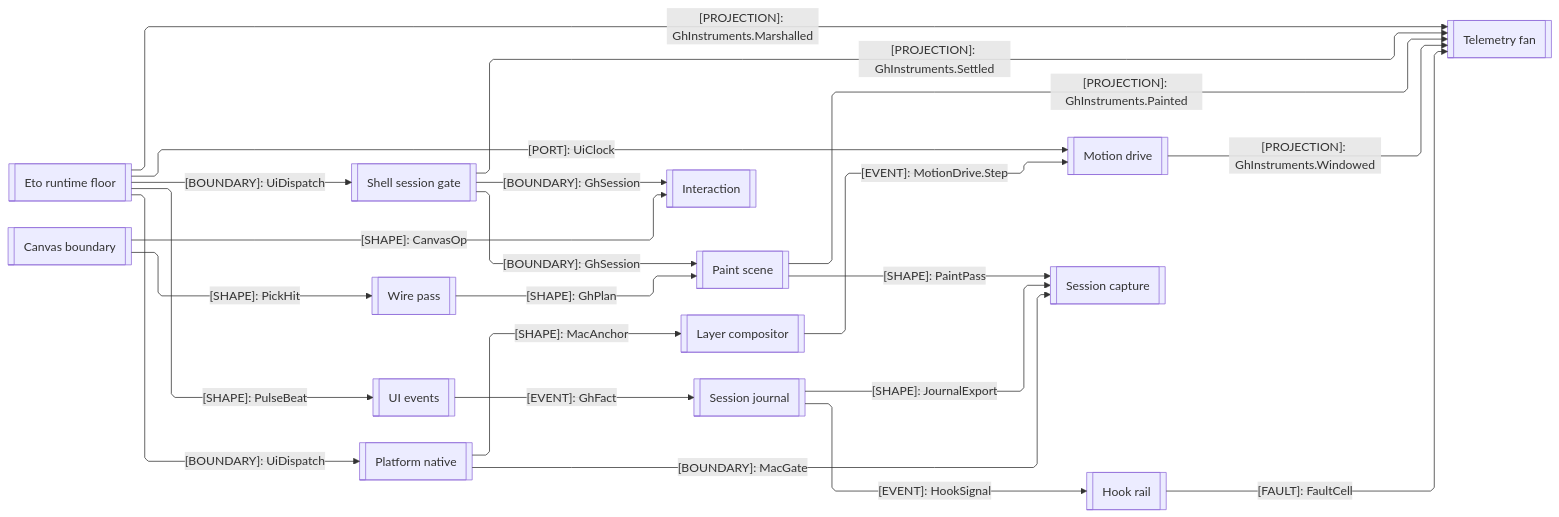
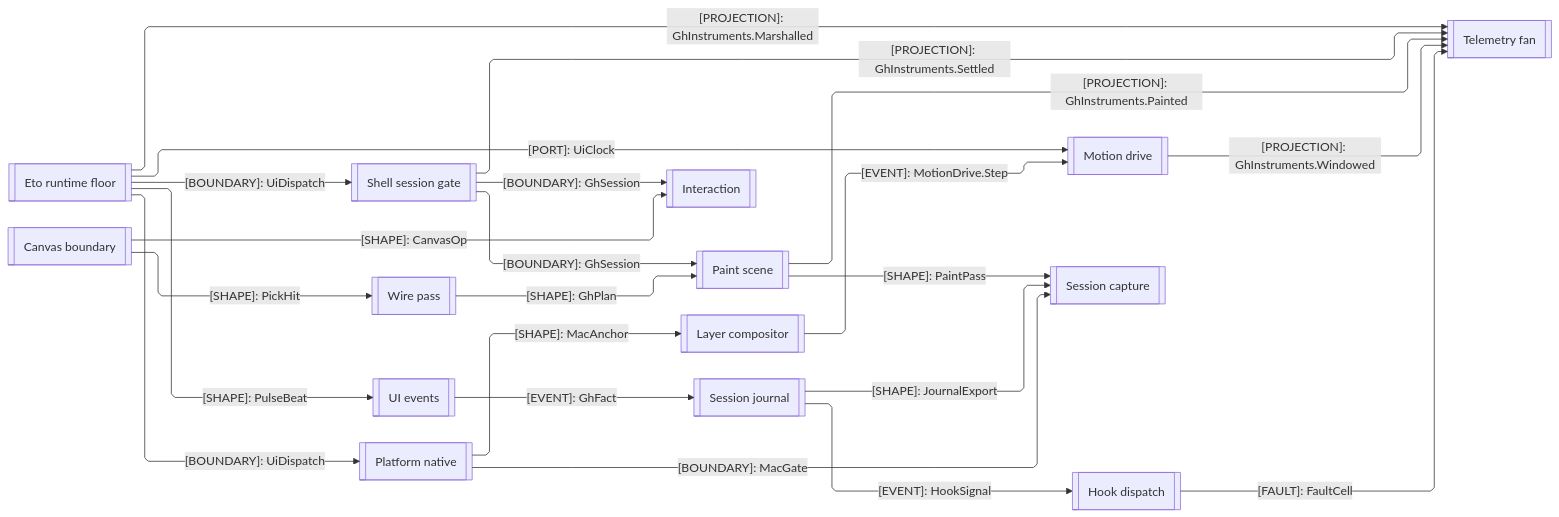
One commit to bsamiee/Rasm changed the third of 3 diagrams in libs/dotnet/Rasm.Grasshopper/ARCHITECTURE.md. Above: the diagram before and after it, drawn with Mermaid. The commit also changed other lines of this file and 1997 other files, not shown here.

````diff
--- a/libs/dotnet/Rasm.Grasshopper/ARCHITECTURE.md
+++ b/libs/dotnet/Rasm.Grasshopper/ARCHITECTURE.md
@@ -164,47 +164,47 @@
 ```mermaid
 ---
 config:
   layout: elk
   flowchart:
     curve: linear
     padding: 25
 ---
 flowchart LR
     accTitle: Grasshopper host-boundary interior wiring
     accDescr: How the UI-thread interior composes around the Eto dispatch floor and the Shell session-scope gate.
     Runtime[[Eto runtime floor]]
     Session[[Shell session gate]]
     Canvas[[Canvas boundary]]
     Interaction[[Interaction]]
     Paint[[Paint scene]]
     Wires[[Wire pass]]
     Motion[[Motion drive]]
     Events[[UI events]]
     Native[[Platform native]]
     Composition[[Layer compositor]]
     Capture[[Session capture]]
     Telemetry[[Telemetry fan]]
-    Hooks[[Hook rail]]
+    Hooks[[Hook dispatch]]
     Journal[[Session journal]]
     Runtime e1@-->|"[BOUNDARY]: UiDispatch"| Session
     Runtime e2@-->|"[BOUNDARY]: UiDispatch"| Native
     Runtime e3@-->|"[PORT]: UiClock"| Motion
     Runtime e4@-->|"[SHAPE]: PulseBeat"| Events
     Runtime e5@-->|"[PROJECTION]: GhInstruments.Marshalled"| Telemetry
     Session e6@-->|"[BOUNDARY]: GhSession"| Interaction
     Session e7@-->|"[BOUNDARY]: GhSession"| Paint
     Session e8@-->|"[PROJECTION]: GhInstruments.Settled"| Telemetry
     Canvas e9@-->|"[SHAPE]: CanvasOp"| Interaction
     Canvas e10@-->|"[SHAPE]: PickHit"| Wires
     Wires e11@-->|"[SHAPE]: GhPlan"| Paint
     Paint e12@-->|"[PROJECTION]: GhInstruments.Painted"| Telemetry
     Paint e13@-->|"[SHAPE]: PaintPass"| Capture
     Motion e14@-->|"[PROJECTION]: GhInstruments.Windowed"| Telemetry
     Composition e15@-->|"[EVENT]: MotionDrive.Step"| Motion
     Native e16@-->|"[SHAPE]: MacAnchor"| Composition
     Native e17@-->|"[BOUNDARY]: MacGate"| Capture
     Events e18@-->|"[EVENT]: GhFact"| Journal
     Journal e19@-->|"[EVENT]: HookSignal"| Hooks
     Journal e20@-->|"[SHAPE]: JournalExport"| Capture
     Hooks f1@-->|"[FAULT]: FaultCell"| Telemetry
 ```
````
